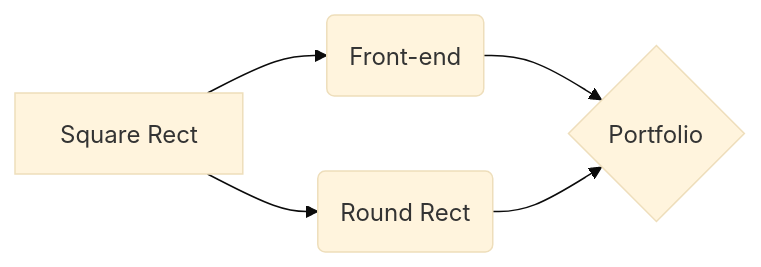
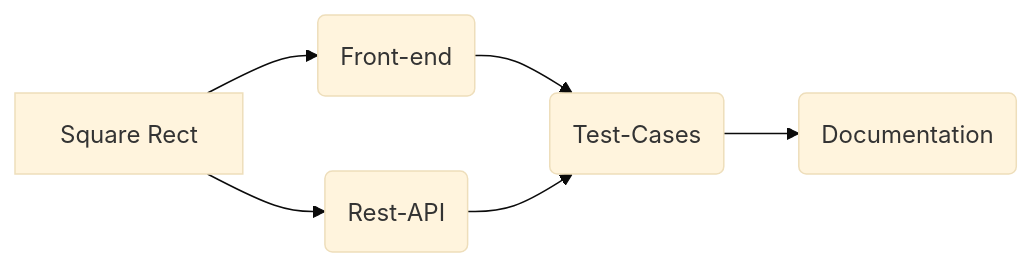
One commit to N-Uladzislau/Portfolio_Project changed the diagram in README.md. Above: the diagram before and after it, drawn with Mermaid (base theme).

````diff
--- a/README.md
+++ b/README.md
@@ -2,7 +2,8 @@
 ```mermaid
 graph LR
 A[Square Rect] --> B(Front-end)
-A --> C(Round Rect)
+A --> C(Rest-API)
 B --> D{Portfolio}
-C --> D
+C --> D(Test-Cases)
+D --> F(Documentation)
 ```
````
